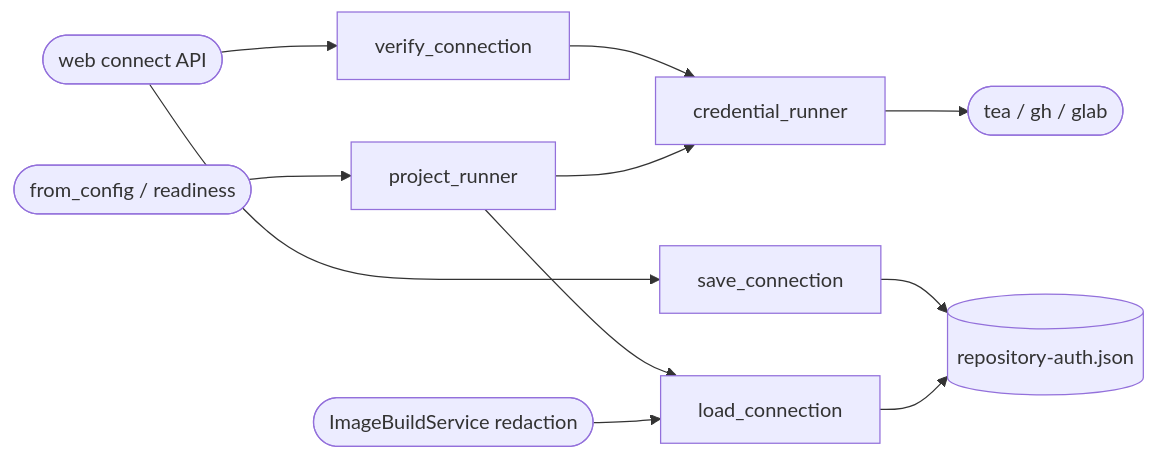
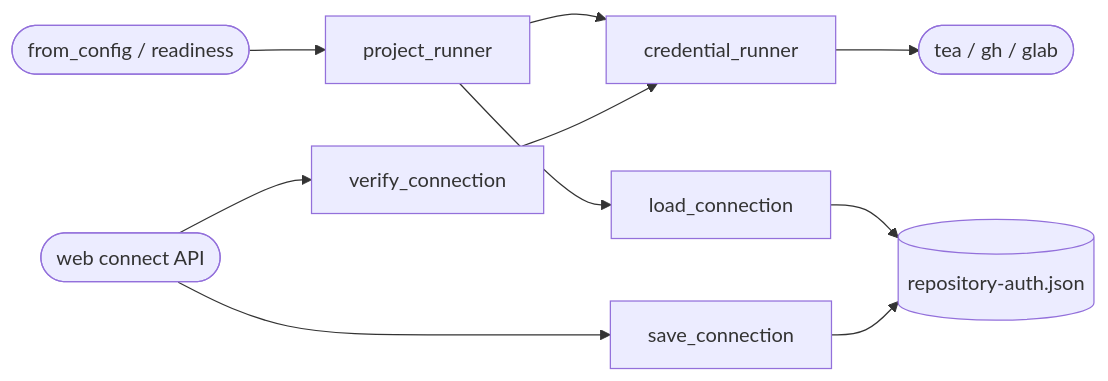
Before and after one commit to DDP-Engineering/AgenticDeliveryOrchestratorRuntimeEngine: the diagram in .agentic/knowledge/repository-auth.md, drawn with Mermaid. The commit also changed other lines of this file and 162 other files, not shown here.

````diff
--- a/.agentic/knowledge/repository-auth.md
+++ b/.agentic/knowledge/repository-auth.md
@@ -52,13 +51,12 @@
 ```mermaid
 flowchart LR
     api([web connect API]) --> verify[verify_connection]
     verify --> runner[credential_runner]
     runner --> cli([tea / gh / glab])
     api --> save[save_connection]
     save --> secret[(repository-auth.json)]
     engine([from_config / readiness]) --> load[project_runner]
     load --> read[load_connection]
     read --> secret
-    images([ImageBuildService redaction]) --> read
     load --> runner
 ```
````
